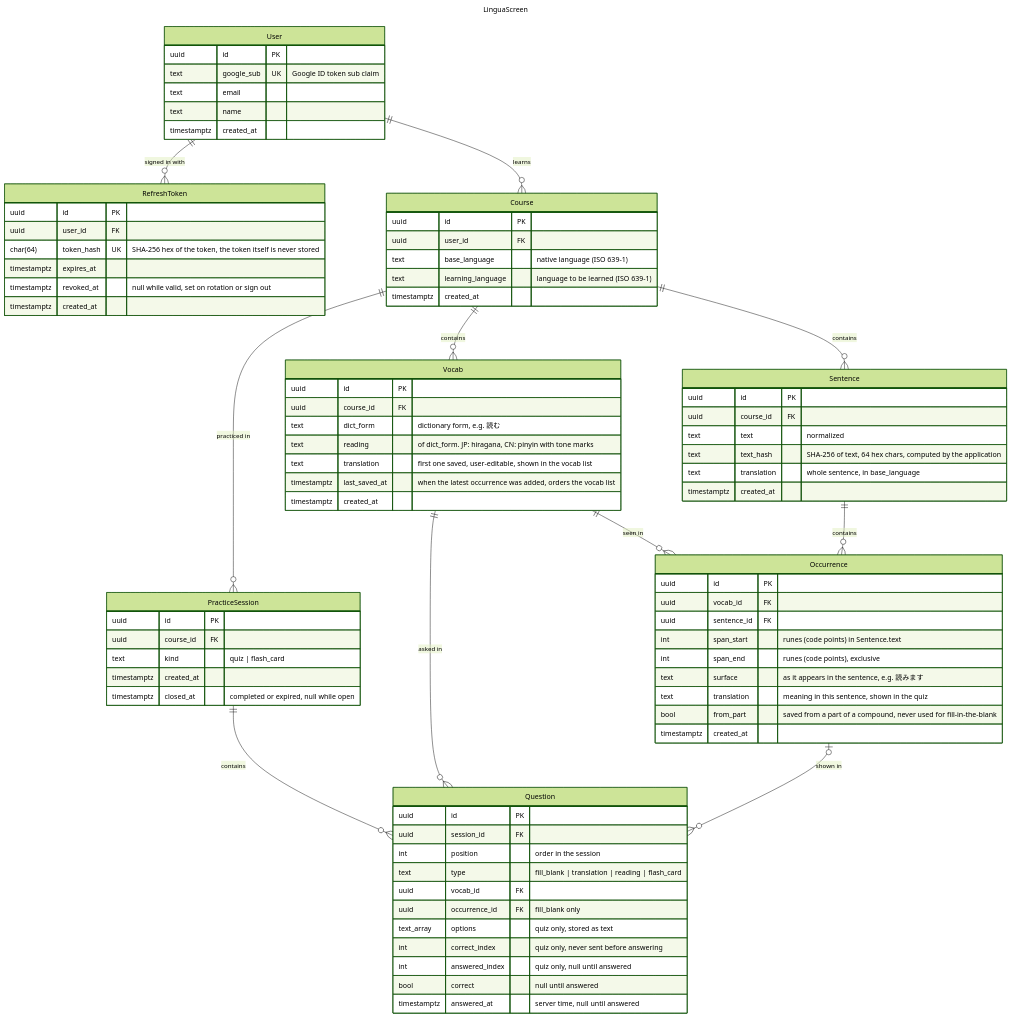
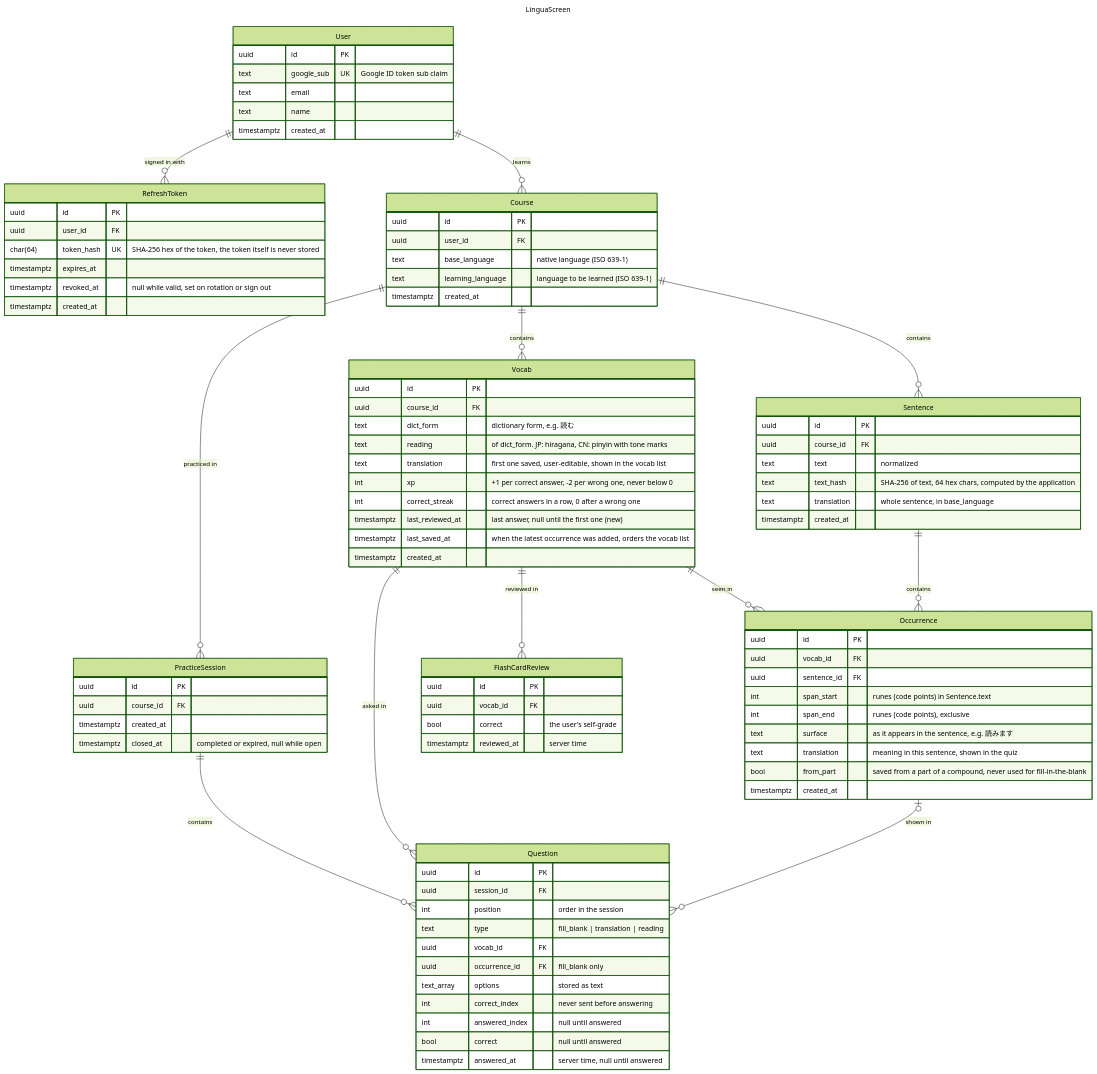
Before and after one commit to KrisNathan/linguascreen-api-go: the diagram in docs/erd.mmd, drawn with Mermaid (forest theme). The commit also changed 38 other files, not shown here.

Commit message:
feat: add quiz and flash card practice endpoints

```diff
--- a/docs/erd.mmd
+++ b/docs/erd.mmd
@@ -1,102 +1,111 @@
 ---
 title: LinguaScreen
 ---
 
 erDiagram
   User ||--o{ RefreshToken : "signed in with"
   User ||--o{ Course : "learns"
   Course ||--o{ Vocab : "contains"
   Course ||--o{ Sentence : "contains"
   Vocab ||--o{ Occurrence : "seen in"
   Sentence ||--o{ Occurrence : "contains"
   Course ||--o{ PracticeSession : "practiced in"
   PracticeSession ||--o{ Question : "contains"
   Vocab ||--o{ Question : "asked in"
   Occurrence |o--o{ Question : "shown in"
+  Vocab ||--o{ FlashCardReview : "reviewed in"
 
   User {
     uuid id PK
     text google_sub UK "Google ID token sub claim"
     text email
     text name
     timestamptz created_at
   }
 
   RefreshToken {
     uuid id PK
     uuid user_id FK
     char(64) token_hash UK "SHA-256 hex of the token, the token itself is never stored"
     timestamptz expires_at
     timestamptz revoked_at "null while valid, set on rotation or sign out"
     timestamptz created_at
   }
 
   %% unique (user_id, learning_language, base_language)
   Course {
     uuid id PK
     uuid user_id FK
     text base_language "native language (ISO 639-1)"
     text learning_language "language to be learned (ISO 639-1)"
     timestamptz created_at
   }
 
   %% unique (course_id, dict_form, reading)
   %% index (course_id, last_saved_at desc, id desc) for the vocab list
-  %% progress (new / learning / known, streak, due) is derived from answered Questions, never stored
+  %% priority = days since last_reviewed_at / (1 + xp), see docs/use_cases/scheduling.md
   Vocab {
     uuid id PK
     uuid course_id FK
     text dict_form "dictionary form, e.g. 読む"
     text reading "of dict_form. JP: hiragana, CN: pinyin with tone marks"
     text translation "first one saved, user-editable, shown in the vocab list"
+    int xp "+1 per correct answer, -2 per wrong one, never below 0"
+    int correct_streak "correct answers in a row, 0 after a wrong one"
+    timestamptz last_reviewed_at "last answer, null until the first one (new)"
     timestamptz last_saved_at "when the latest occurrence was added, orders the vocab list"
     timestamptz created_at
   }
 
   %% unique (course_id, text_hash)
   Sentence {
     uuid id PK
     uuid course_id FK
     text text "normalized"
     text text_hash "SHA-256 of text, 64 hex chars, computed by the application"
     text translation "whole sentence, in base_language"
     timestamptz created_at
   }
 
   %% unique (vocab_id, sentence_id, span_start)
   Occurrence {
     uuid id PK
     uuid vocab_id FK
     uuid sentence_id FK
     int span_start "runes (code points) in Sentence.text"
     int span_end "runes (code points), exclusive"
     text surface "as it appears in the sentence, e.g. 読みます"
     text translation "meaning in this sentence, shown in the quiz"
     bool from_part "saved from a part of a compound, never used for fill-in-the-blank"
     timestamptz created_at
   }
 
-  %% unique (course_id, kind) where closed_at is null
+  %% unique (course_id) where closed_at is null
   PracticeSession {
     uuid id PK
     uuid course_id FK
-    text kind "quiz | flash_card"
     timestamptz created_at
     timestamptz closed_at "completed or expired, null while open"
   }
 
-  %% answered questions are the only source of scheduling
-  %% index (vocab_id, answered_at) where answered_at is not null
   Question {
     uuid id PK
     uuid session_id FK
     int position "order in the session"
-    text type "fill_blank | translation | reading | flash_card"
+    text type "fill_blank | translation | reading"
     uuid vocab_id FK
     uuid occurrence_id FK "fill_blank only"
-    text_array options "quiz only, stored as text"
-    int correct_index "quiz only, never sent before answering"
-    int answered_index "quiz only, null until answered"
+    text_array options "stored as text"
+    int correct_index "never sent before answering"
+    int answered_index "null until answered"
     bool correct "null until answered"
     timestamptz answered_at "server time, null until answered"
   }
+
+  %% self-graded, updates Vocab.xp like answered questions
+  FlashCardReview {
+    uuid id PK
+    uuid vocab_id FK
+    bool correct "the user's self-grade"
+    timestamptz reviewed_at "server time"
+  }
```
